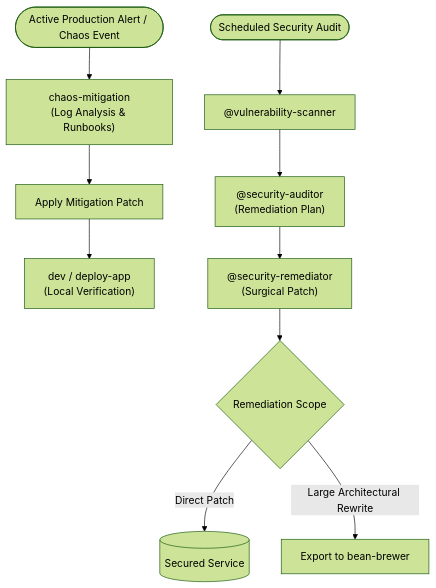
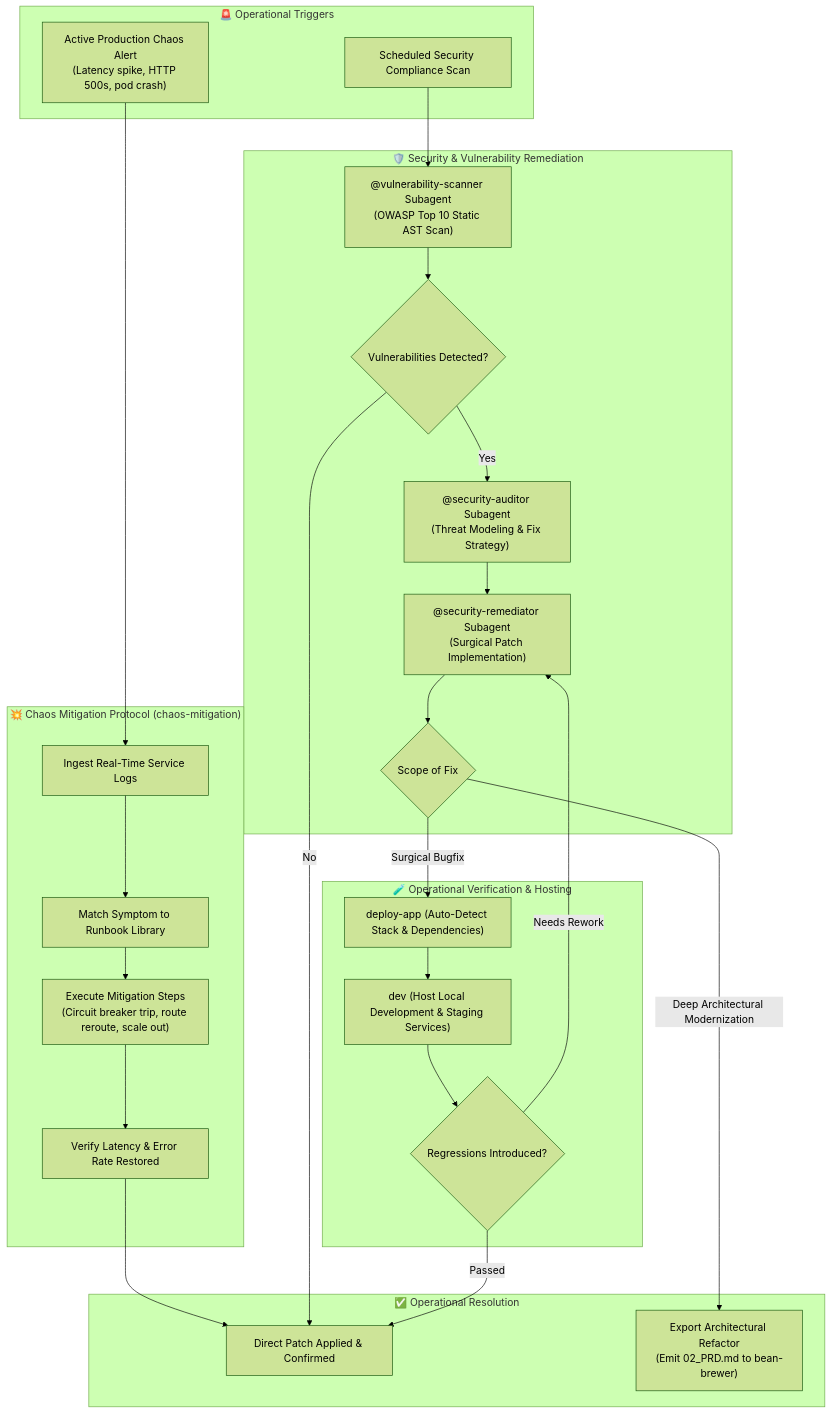
Before and after one commit to sapientcoffee/bean-descale: the diagram in README.md, drawn with Mermaid (forest theme). The commit also changed other lines of this file and 2 other files, not shown here.

Commit message:
docs: add Google-themed banner, fun sketch, and detailed Mermaid architecture flowchart

````diff
--- a/README.md
+++ b/README.md
@@ -46,13 +54,53 @@
 ```mermaid
-graph TD
-    Alert([Active Production Alert / Chaos Event]) --> Triage["chaos-mitigation<br/>(Log Analysis & Runbooks)"]
-    Triage --> Mitigate["Apply Mitigation Patch"]
-    Mitigate --> Verify["dev / deploy-app<br/>(Local Verification)"]
-    
-    VulnScan([Scheduled Security Audit]) --> Scanner["@vulnerability-scanner"]
-    Scanner --> Auditor["@security-auditor<br/>(Remediation Plan)"]
-    Auditor --> Remediator["@security-remediator<br/>(Surgical Patch)"]
-    Remediator --> Handoff{Remediation Scope}
-    Handoff -->|Direct Patch| Fixed[(Secured Service)]
-    Handoff -->|Large Architectural Rewrite| Brewer["Export to bean-brewer"]
+flowchart TD
+    subgraph Triggers["🚨 Operational Triggers"]
+        ChaosAlert["Active Production Chaos Alert<br/>(Latency spike, HTTP 500s, pod crash)"]
+        ScheduledAudit["Scheduled Security Compliance Scan"]
+    end
+
+    subgraph ChaosMitigation["💥 Chaos Mitigation Protocol (chaos-mitigation)"]
+        IngestLogs["Ingest Real-Time Service Logs"]
+        MatchRunbook["Match Symptom to Runbook Library"]
+        ExecuteAction["Execute Mitigation Steps<br/>(Circuit breaker trip, route reroute, scale out)"]
+        VerifyRecovery["Verify Latency & Error Rate Restored"]
+    end
+
+    subgraph SecurityTrack["🛡️ Security & Vulnerability Remediation"]
+        VulnScanner["@vulnerability-scanner Subagent<br/>(OWASP Top 10 Static AST Scan)"]
+        VulnerabilitiesFound{"Vulnerabilities Detected?"}
+        Auditor["@security-auditor Subagent<br/>(Threat Modeling & Fix Strategy)"]
+        Remediator["@security-remediator Subagent<br/>(Surgical Patch Implementation)"]
+        RemediationScope{"Scope of Fix"}
+    end
+
+    subgraph LocalHosting["🧪 Operational Verification & Hosting"]
+        StackDetect["deploy-app (Auto-Detect Stack & Dependencies)"]
+        DevServer["dev (Host Local Development & Staging Services)"]
+        RegressionTest{"Regressions Introduced?"}
+    end
+
+    subgraph Resolution["✅ Operational Resolution"]
+        DirectCommit["Direct Patch Applied & Confirmed"]
+        HandoffBrewer["Export Architectural Refactor<br/>(Emit 02_PRD.md to bean-brewer)"]
+    end
+
+    ChaosAlert --> IngestLogs
+    IngestLogs --> MatchRunbook
+    MatchRunbook --> ExecuteAction
+    ExecuteAction --> VerifyRecovery
+    VerifyRecovery --> DirectCommit
+
+    ScheduledAudit --> VulnScanner
+    VulnScanner --> VulnerabilitiesFound
+    VulnerabilitiesFound -->|Yes| Auditor
+    VulnerabilitiesFound -->|No| DirectCommit
+    Auditor --> Remediator
+    Remediator --> RemediationScope
+
+    RemediationScope -->|Surgical Bugfix| StackDetect
+    StackDetect --> DevServer --> RegressionTest
+    RegressionTest -->|Passed| DirectCommit
+    RegressionTest -->|Needs Rework| Remediator
+
+    RemediationScope -->|Deep Architectural Modernization| HandoffBrewer
 ```
````
